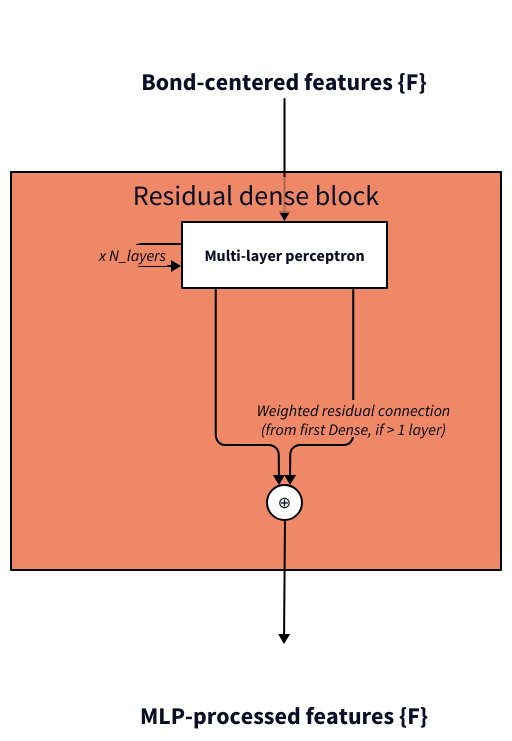
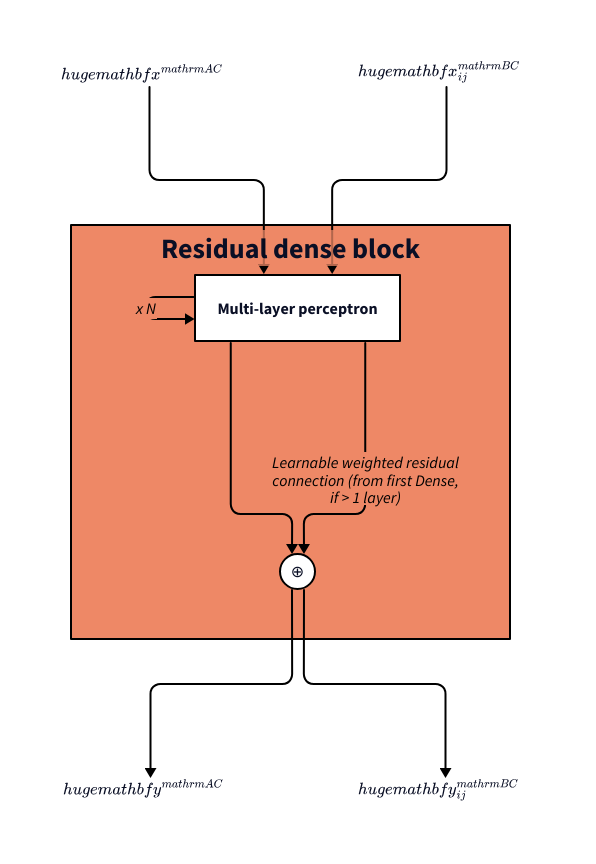
Before and after one commit to SamsungDS/gears_h: the diagram in architecture_figures/4_rd.d2, drawn with D2. The commit also changed 5 other files, not shown here.

Commit message:
Update architecture figures

```diff
--- a/architecture_figures/4_rd.d2
+++ b/architecture_figures/4_rd.d2
@@ -1,101 +1,134 @@
-bcf: "Bond-centered features \{F\}" {class: empty;}# label.near: outside-top-center}
-mlpf: "MLP-processed features \{F\}" {class: empty; label.near: outside-top-center}
+acf: {
+    label: ""
+    class: empty
+    equation: |latex
+        \huge{\mathbf{x}^{\mathrm{AC}}}
+    |
+}
+
+bcf: {
+    label: ""
+    class: empty
+    equation: |latex
+        \huge{\mathbf{x}_{ij}^{\mathrm{BC}}}
+    |
+}
+acfo: {
+    label: ""
+    class: empty
+    equation: |latex
+        \huge{\mathbf{y}^{\mathrm{AC}}}
+    |
+}
+
+bcfo: {
+    label: ""
+    class: empty
+    equation: |latex
+        \huge{\mathbf{y}_{ij}^{\mathrm{BC}}}
+    |
+}
+# mlpf: "MLP-processed features \{F\}" {class: empty; label.near: outside-top-center}
 
 rd: Residual dense block {
     class: rd
     da: Multi-layer perceptron {
         class: in_module
         # d1: Dense {class: in_module}
         # act: Activation {class: in_module}
         # d1 -> act: {style: {stroke: "#000000"; font-color: black}}
     }
-    da -> da: x N_layers {style: {stroke: "#000000"; font-color: black}}
+    da -> da: x N {style: {stroke: "#000000"; font-color: black}}
     s1: ⊕ {class: operator}
     da -> s1: {style: {stroke: "#000000"; font-color: black}}
-    da -> s1: Weighted residual connection\n(from first Dense, if > 1 layer) {style: {stroke: "#000000"; font-color: black}}
+    da -> s1: Learnable weighted residual\nconnection (from first Dense,\nif > 1 layer) {style: {stroke: "#000000"; font-color: black}}
 }
 
-bcf -> rd.da: {style: {stroke: "#000000"; font-color: black}}
-rd.s1 -> mlpf: {style: {stroke: "#000000"; font-color: black}}
+acf.equation -> rd.da: {style: {stroke: "#000000"; font-color: black}}
+bcf.equation -> rd.da: {style: {stroke: "#000000"; font-color: black}}
+rd.s1 -> acfo.equation: {style: {stroke: "#000000"; font-color: black}}
+rd.s1 -> bcfo.equation: {style: {stroke: "#000000"; font-color: black}}
 
 classes: {
     operator: {shape: circle
                width: 35
                height: 35
                style: {fill: "#FFFFFF"
                        stroke: "#000000"
                     #    font: mono
                       }
     }
     empty: {
             # label: ""
             width: 50
             height: 50
             style: {
                 fill: transparent
                 stroke: transparent
                 font-size: 24
             }
     }
     sarb: {
         style: {
             fill: "#44BB99"
             stroke: "#000000"
         }
     }
     in_module: {
         style: {
             fill: "#FFFFFF"
             stroke: "#000000"
             # opacity: 0.5
         }
     }
     ac: {
         style: {
             fill: "#BBCC33"
             stroke: "#000000"
         }
     }
     bc: {
         style: {
             fill: "#EEDD88"
             stroke: "#000000"
         }
     }
     rd: {
         style: {
             fill: "#EE8866"
             stroke: "#000000"
+            bold: true
         }
     }
     ro: {
         style: {
             fill: "#FFAABB"
             stroke: "#000000"
         }
     }
     outs: {
         style: {
             fill: "#DDDDDD"
             stroke: "#000000"
             multiple: true
         }
     }
     input : {
         # label: ""
         width: 50
         height: 50
         style: {
             fill: "#99DDFF"
             stroke: "#000000"
             multiple: true
         }
     }
 }
 
 vars: {
     d2-config: {
       layout-engine: elk
+      pad: 10
     #   theme-id: 101
     }
 }
```
